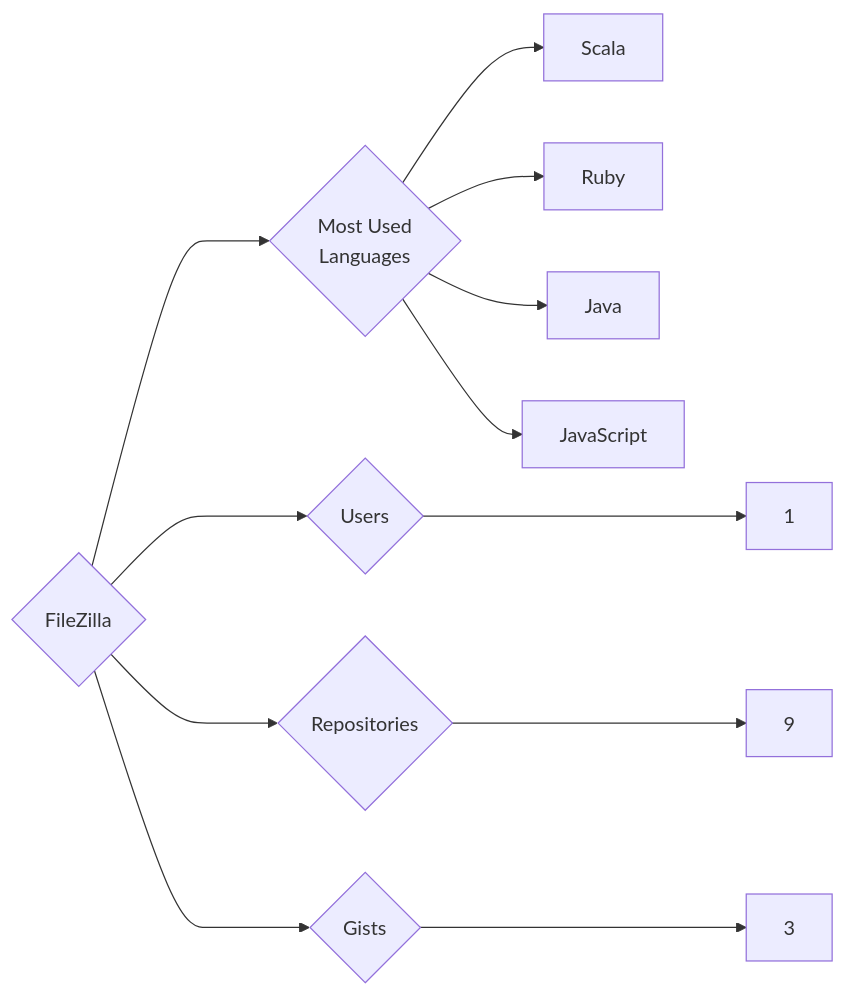
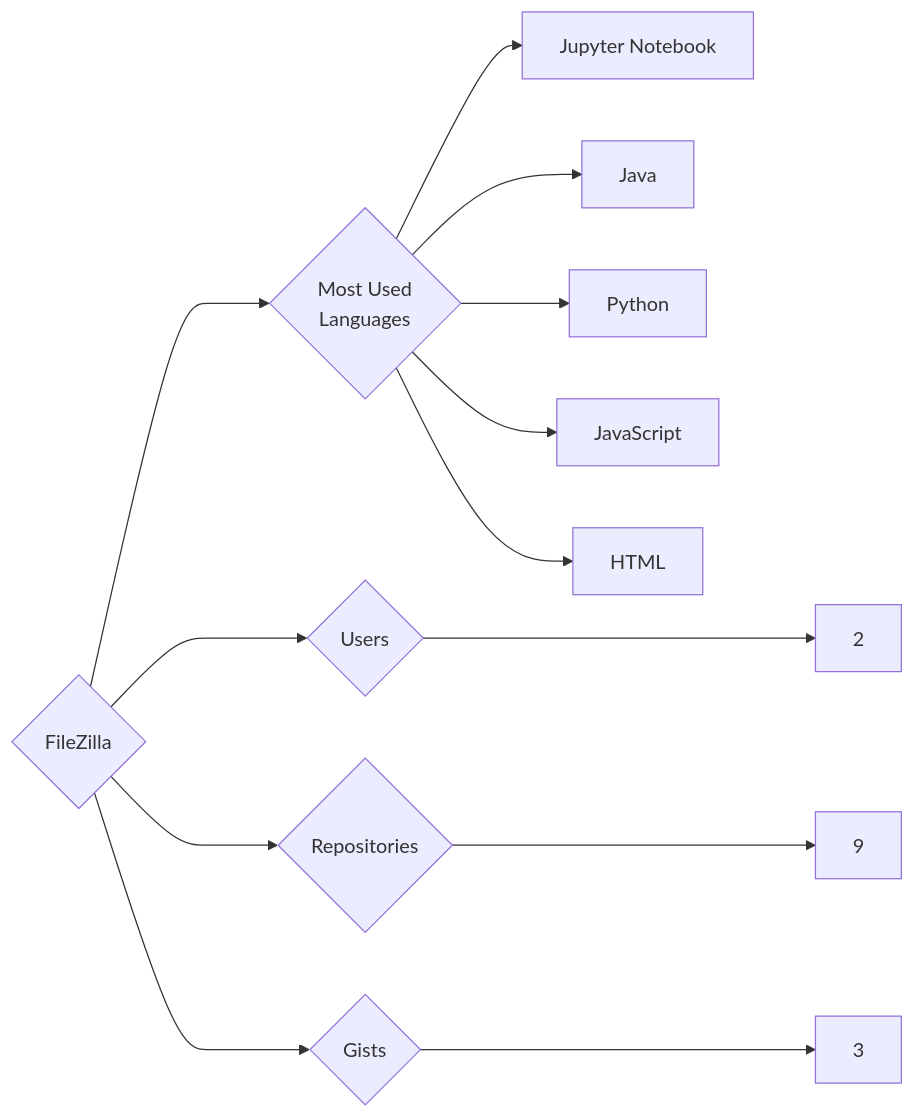
The diagram in targets/FileZilla/README.md (trickest/insiders), drawn with Mermaid before and after one commit. The commit also changed 912 other files, not shown here.

````diff
--- a/targets/FileZilla/README.md
+++ b/targets/FileZilla/README.md
@@ -3,12 +3,13 @@
 ```mermaid
 graph LR
 COMPANY_NAME{FileZilla}
-COMPANY_NAME ---> U{Users} ---> UN[1]
+COMPANY_NAME ---> U{Users} ---> UN[2]
 COMPANY_NAME ---> R{Repositories} ---> RN[9]
 COMPANY_NAME ---> G{Gists} ---> GN[3]
 COMPANY_NAME ---> ML{Most Used<br>Languages}
-ML --> Scala[Scala]
-ML --> Ruby[Ruby]
+ML --> Jupyter_Notebook[Jupyter Notebook]
 ML --> Java[Java]
+ML --> Python[Python]
 ML --> JavaScript[JavaScript]
+ML --> HTML[HTML]
 ```
````
